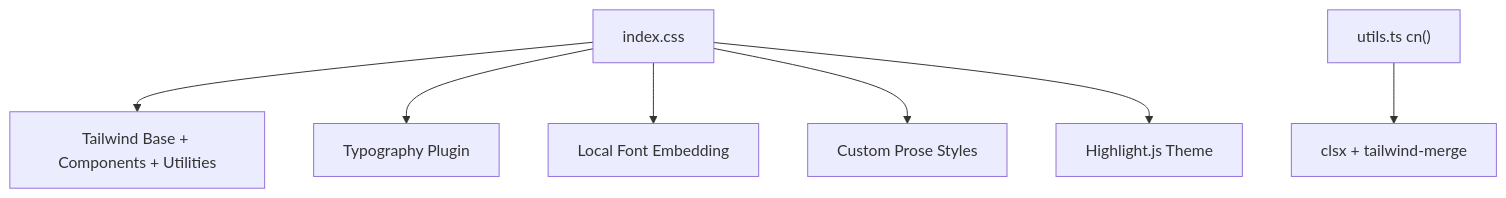
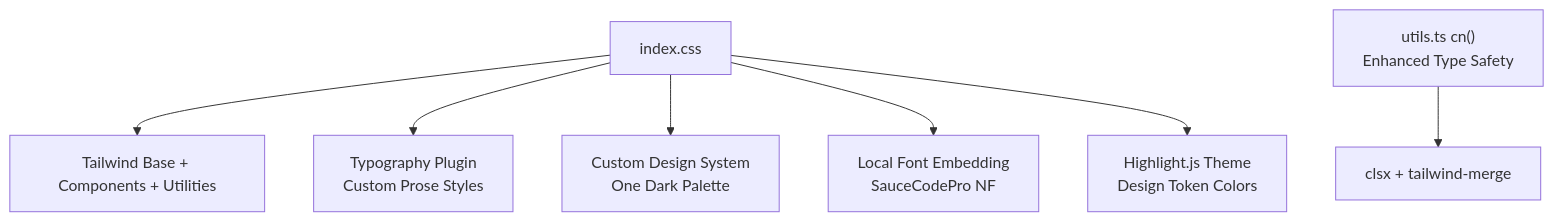
Before and after one commit to v0lka/c0wrk: the tenth of 11 diagrams in .qoder/repowiki/en/content/Frontend Application/Build System.md, drawn with Mermaid. The commit also changed other lines of this file and 13 other files, not shown here.

````diff
--- a/.qoder/repowiki/en/content/Frontend Application/Build System.md
+++ b/.qoder/repowiki/en/content/Frontend Application/Build System.md
@@ -341,9 +431,9 @@
 ```mermaid
 flowchart TD
 CSSEntry["index.css"] --> Tailwind["Tailwind Base + Components + Utilities"]
-CSSEntry --> Typography["Typography Plugin"]
-CSSEntry --> Fonts["Local Font Embedding"]
-CSSEntry --> Prose["Custom Prose Styles"]
-CSSEntry --> HLJS["Highlight.js Theme"]
-Utils["utils.ts cn()"] --> MergeClasses["clsx + tailwind-merge"]
+CSSEntry --> Typography["Typography Plugin<br/>Custom Prose Styles"]
+CSSEntry --> ThemeSystem["Custom Design System<br/>One Dark Palette"]
+CSSEntry --> Fonts["Local Font Embedding<br/>SauceCodePro NF"]
+CSSEntry --> HLJS["Highlight.js Theme<br/>Design Token Colors"]
+Utils["utils.ts cn()<br/>Enhanced Type Safety"] --> MergeClasses["clsx + tailwind-merge"]
 ```
````
